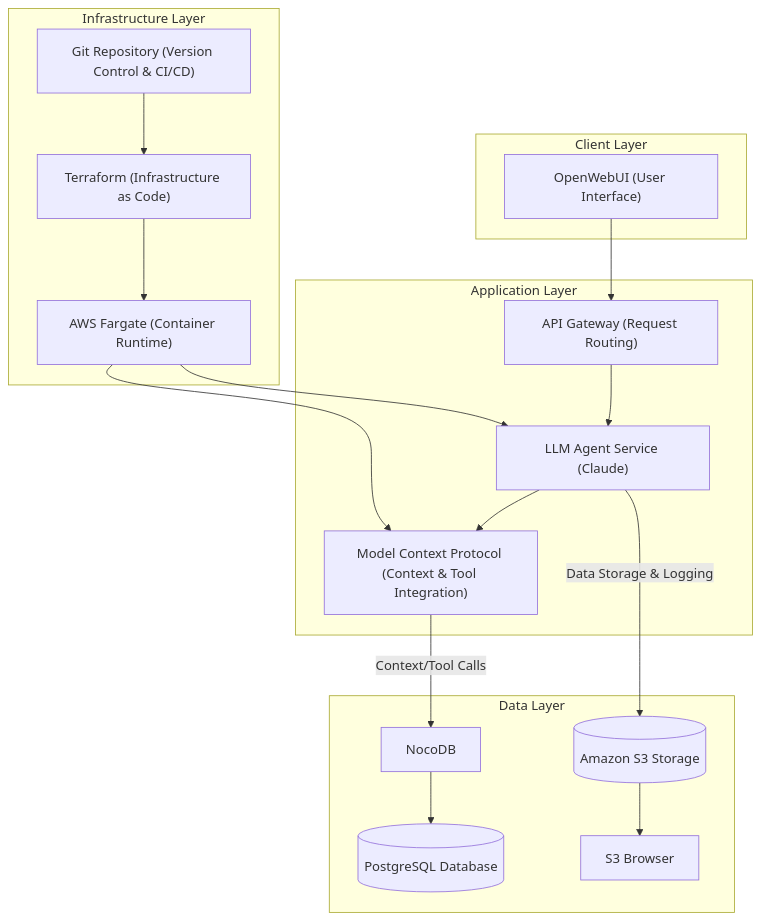
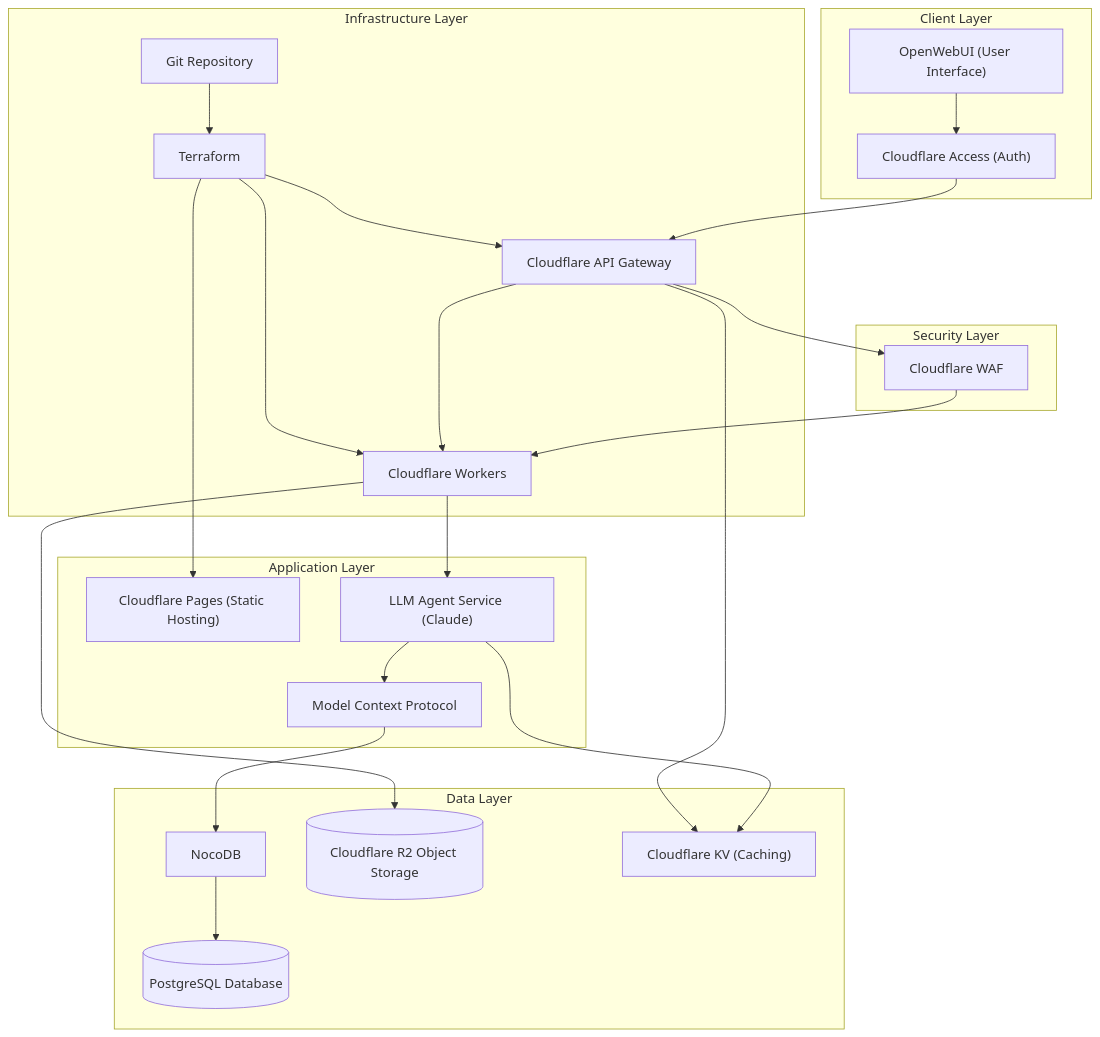
One commit to jadenw2542/Spring25 changed the diagram in AI-2025-02-04-193914.mmd. Above: the diagram before and after it, drawn with Mermaid.

```diff
--- a/AI-2025-02-04-193914.mmd
+++ b/AI-2025-02-04-193914.mmd
@@ -1,34 +1,52 @@
----
-config:
-  layout: fixed
----
 flowchart TB
- subgraph Client["Client Layer"]
+    %% Client Layer
+    subgraph Client["Client Layer"]
         UI["OpenWebUI (User Interface)"]
-  end
- subgraph App["Application Layer"]
-        API["API Gateway (Request Routing)"]
+        Auth["Cloudflare Access (Auth)"]
+    end
+
+    %% Application Layer
+    subgraph App["Application Layer"]
+        Pages["Cloudflare Pages (Static Hosting)"]
         Agent["LLM Agent Service (Claude)"]
-        MCP["Model Context Protocol (Context & Tool Integration)"]
-  end
- subgraph Data["Data Layer"]
+        MCP["Model Context Protocol"]
+    end
+
+    %% Data Layer
+    subgraph Data["Data Layer"]
         NocoDB["NocoDB"]
-        Postgres[("PostgreSQL Database")]
-        S3[("Amazon S3 Storage")]
-        S3Browser["S3 Browser"]
-  end
- subgraph Infra["Infrastructure Layer"]
-        Fargate["AWS Fargate (Container Runtime)"]
-        TF["Terraform (Infrastructure as Code)"]
-        Git["Git Repository (Version Control & CI/CD)"]
-  end
-    UI --> API
-    API --> Agent
+        R2[(Cloudflare R2 Object Storage)]
+        KV["Cloudflare KV (Caching)"]
+        Postgres[(PostgreSQL Database)]
+    end
+
+    %% Infrastructure Layer
+    subgraph Infra["Infrastructure Layer"]
+        API["Cloudflare API Gateway"]
+        Workers["Cloudflare Workers"]
+        TF["Terraform"]
+        Git["Git Repository"]
+    end
+
+    %% Security Layer
+    subgraph Security["Security Layer"]
+        WAF["Cloudflare WAF"]
+    end
+
+    %% Connections
+    UI --> Auth
+    Auth --> API
+    API --> WAF
+    WAF --> Workers
+    Workers --> Agent
     Agent --> MCP
-    MCP -- Context/Tool Calls --> NocoDB
+    Agent --> KV
+    MCP --> NocoDB
     NocoDB --> Postgres
-    Agent -- Data Storage & Logging --> S3
-    S3 --> S3Browser
-    TF --> Fargate
-    Fargate --> MCP & Agent
+    Workers --> R2
+    API --> KV
+    API --> Workers
+    TF --> Workers
+    TF --> Pages
+    TF --> API
     Git --> TF
```
